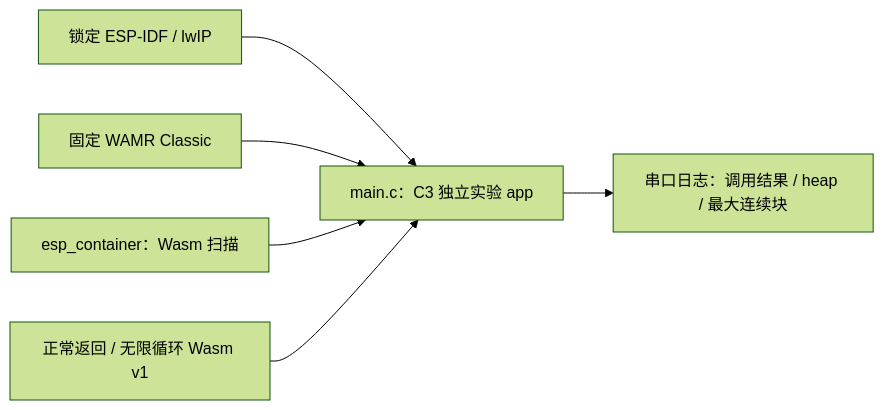
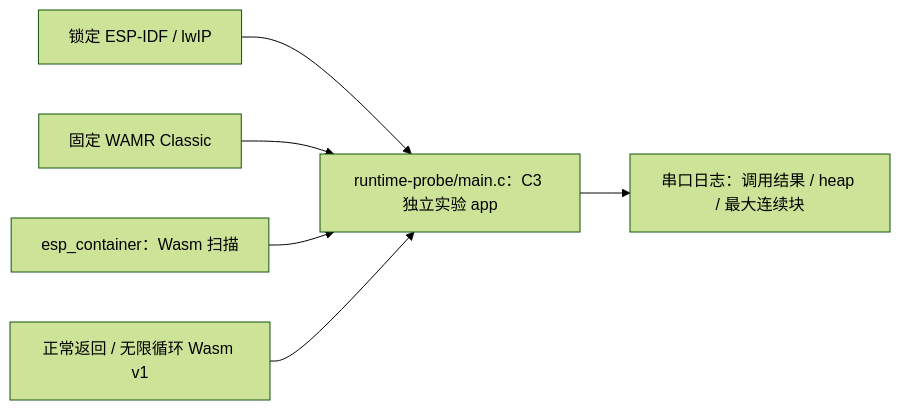
Before and after one commit to darren-you/esp-container: the diagram in examples/c3-runtime/README.md, drawn with Mermaid (forest theme). The commit also changed other lines of this file and 11 other files, not shown here.

````diff
--- a/examples/c3-runtime/README.md
+++ b/examples/c3-runtime/README.md
@@ -29,8 +29,8 @@
 ```mermaid
 flowchart LR
-    idf["锁定 ESP-IDF / lwIP"] --> app["main.c：C3 独立实验 app"]
+    idf["锁定 ESP-IDF / lwIP"] --> app["runtime-probe/main.c：C3 独立实验 app"]
     wamr["固定 WAMR Classic"] --> app
     scan["esp_container：Wasm 扫描"] --> app
     wasm["正常返回 / 无限循环 Wasm v1"] --> app
     app --> report["串口日志：调用结果 / heap / 最大连续块"]
 ```
````
